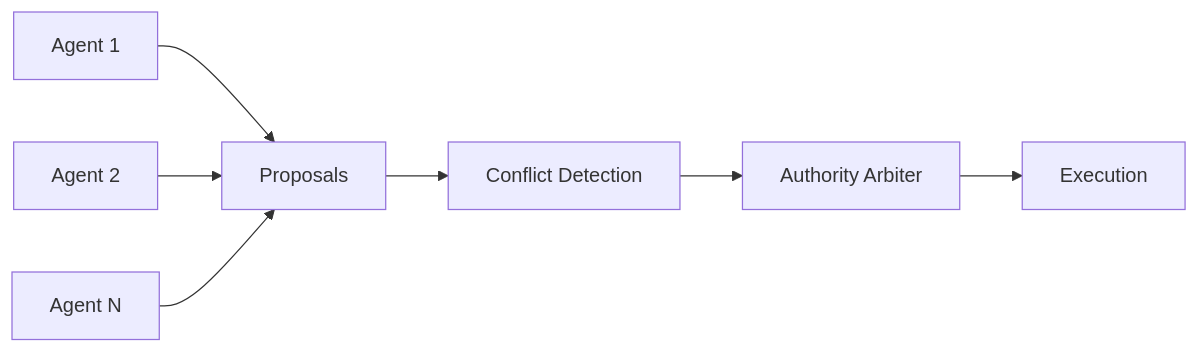
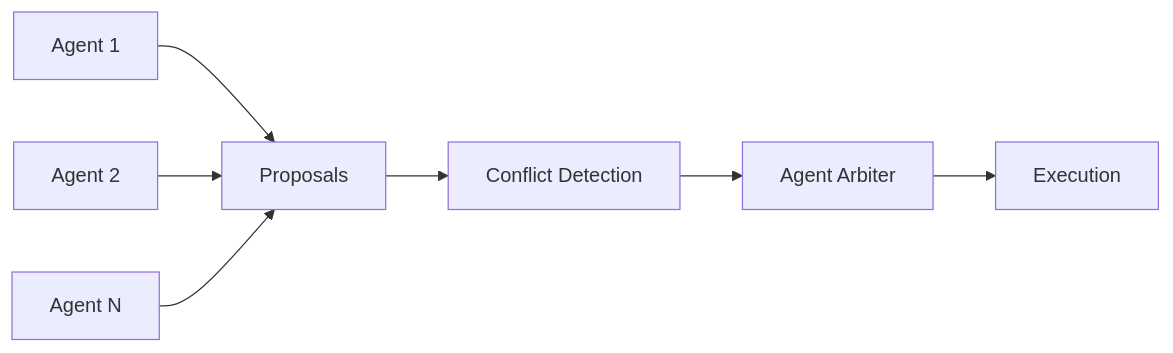
The first of 2 diagrams in README.md (gez-scrumsdotcom/agent-arbiter), drawn with Mermaid before and after one commit. The commit also changed other lines of this file and 15 other files, not shown here.

````diff
--- a/README.md
+++ b/README.md
@@ -98,10 +98,10 @@
 ```mermaid
 flowchart LR
     A1[Agent 1] --> P[Proposals]
     A2[Agent 2] --> P
     A3[Agent N] --> P
 
     P --> C[Conflict Detection]
-    C --> AA[Authority Arbiter]
+    C --> AA[Agent Arbiter]
     AA --> E[Execution]
 ```
````
